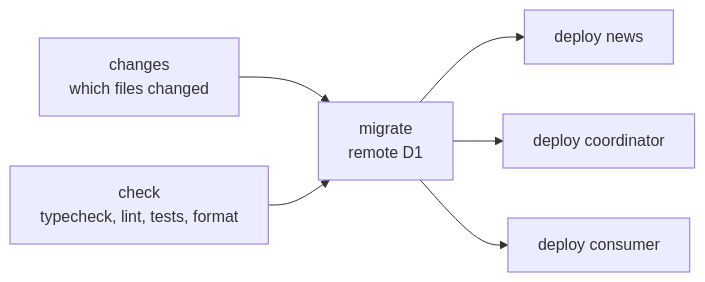
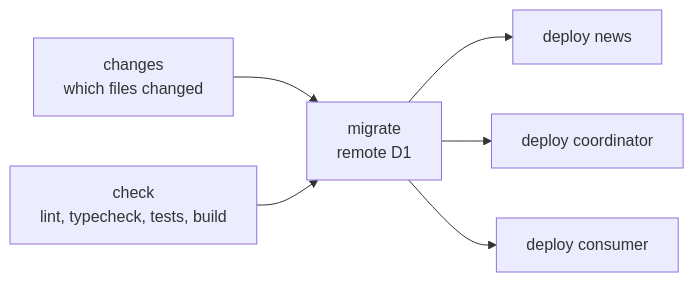
One commit to caefisica/news changed the diagram in docs/deployment.md. Above: the diagram before and after it, drawn with Mermaid. The commit also changed other lines of this file and 7 other files, not shown here.

````diff
--- a/docs/deployment.md
+++ b/docs/deployment.md
@@ -7,8 +9,8 @@
 ```mermaid
 flowchart LR
     X[changes<br/>which files changed] --> B
-    A[check<br/>typecheck, lint, tests, format] --> B[migrate<br/>remote D1]
+    A[check<br/>lint, typecheck, tests, build] --> B[migrate<br/>remote D1]
     B --> C[deploy news]
     B --> D[deploy coordinator]
     B --> E[deploy consumer]
 ```
````
